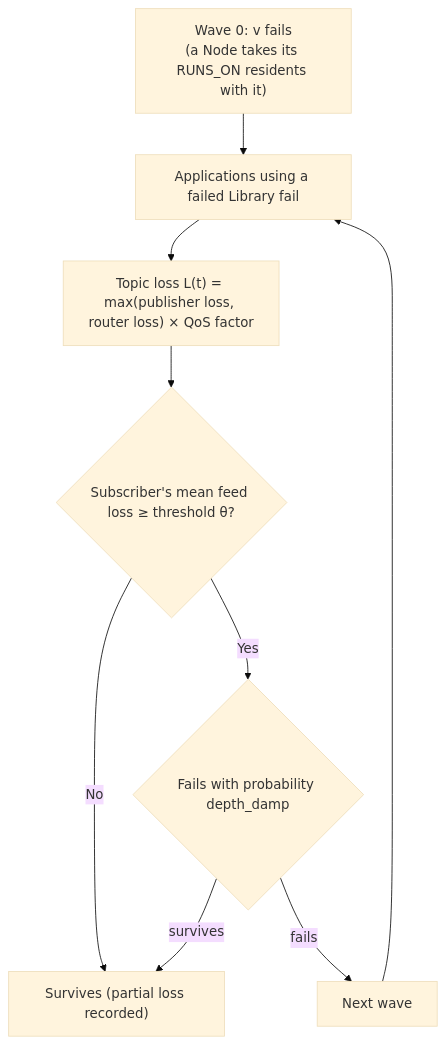
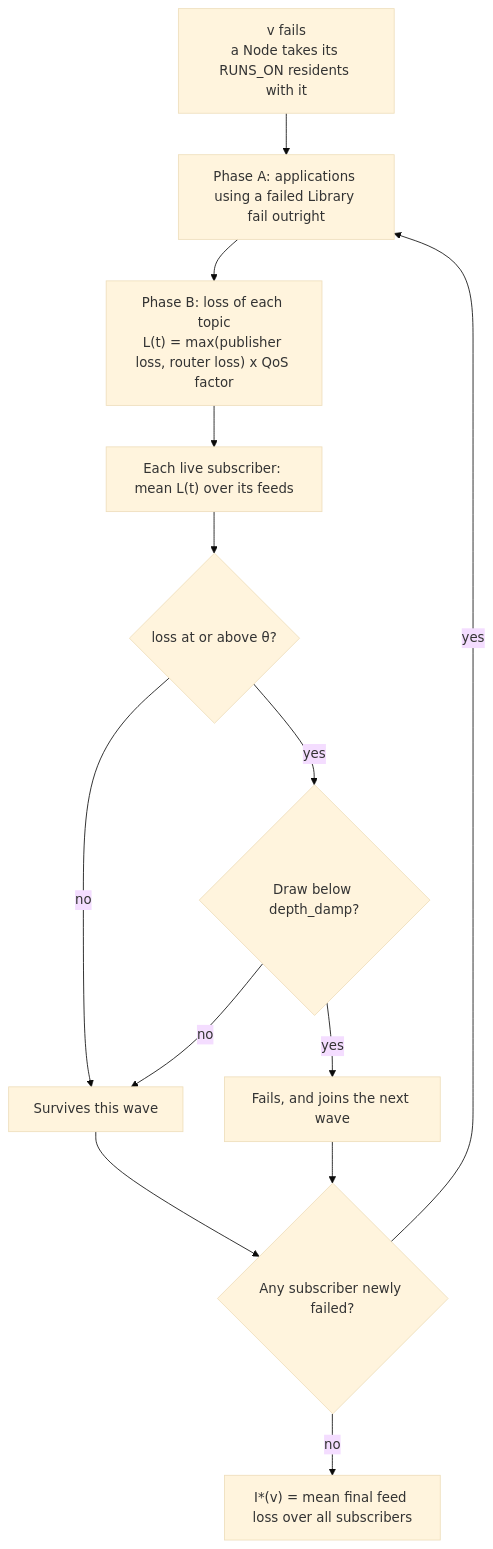
One commit to onuralpyigit/software-as-a-graph changed the third of 9 diagrams in docs/failure-simulation.md. Above: the diagram before and after it, drawn with Mermaid (base theme). The commit also changed other lines of this file and 12 other files, not shown here.

````diff
--- a/docs/failure-simulation.md
+++ b/docs/failure-simulation.md
@@ -111,11 +101,15 @@
 ```mermaid
 flowchart TD
-    W0["Wave 0: v fails<br>(a Node takes its RUNS_ON residents with it)"] --> PA["Applications using a failed Library fail"]
-    PA --> PB["Topic loss L(t) = max(publisher loss, router loss) × QoS factor"]
-    PB --> EVAL{"Subscriber's mean feed loss ≥ threshold θ?"}
-    EVAL -- No --> SURV["Survives (partial loss recorded)"]
-    EVAL -- Yes --> PROB{"Fails with probability depth_damp"}
-    PROB -- fails --> NEXT["Next wave"]
-    PROB -- survives --> SURV
-    NEXT --> PA
+    W0["v fails<br>a Node takes its RUNS_ON residents with it"] --> PA["Phase A: applications using a failed Library fail outright"]
+    PA --> PB["Phase B: loss of each topic<br>L(t) = max(publisher loss, router loss) x QoS factor"]
+    PB --> SUB["Each live subscriber: mean L(t) over its feeds"]
+    SUB --> EVAL{"loss at or above θ?"}
+    EVAL -- no --> SURV["Survives this wave"]
+    EVAL -- yes --> PROB{"Draw below depth_damp?"}
+    PROB -- no --> SURV
+    PROB -- yes --> FAIL["Fails, and joins the next wave"]
+    SURV --> MORE{"Any subscriber newly failed?"}
+    FAIL --> MORE
+    MORE -- yes --> PA
+    MORE -- no --> SCORE["I*(v) = mean final feed loss over all subscribers"]
 ```
````
